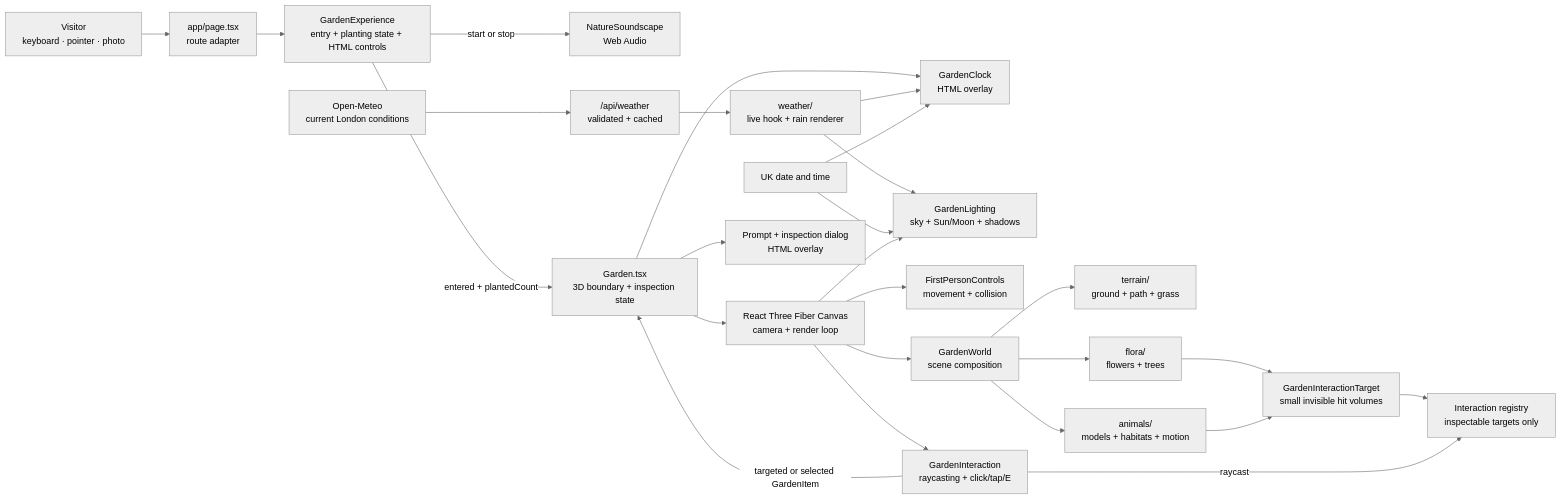
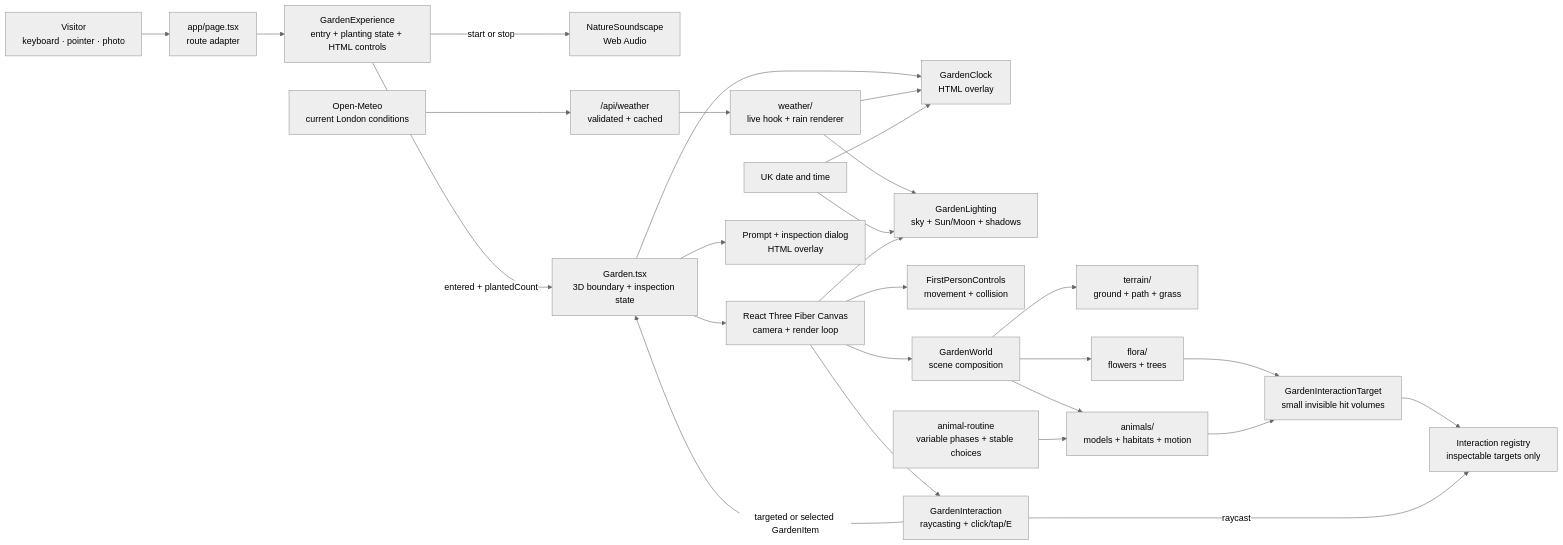
One commit to sophiaxuz/secret-garden changed the diagram in components/garden/README.md. Above: the diagram before and after it, drawn with Mermaid (neutral theme). The commit also changed other lines of this file and 9 other files, not shown here.

````diff
--- a/components/garden/README.md
+++ b/components/garden/README.md
@@ -9,33 +9,34 @@
 ```mermaid
 flowchart LR
     Visitor["Visitor<br/>keyboard · pointer · photo"] --> Page["app/page.tsx<br/>route adapter"]
     Page --> Experience["GardenExperience<br/>entry + planting state + HTML controls"]
 
     Experience -->|start or stop| Audio["NatureSoundscape<br/>Web Audio"]
     Experience -->|entered + plantedCount| Garden["Garden.tsx<br/>3D boundary + inspection state"]
 
     Garden --> Clock["GardenClock<br/>HTML overlay"]
     Garden --> Canvas["React Three Fiber Canvas<br/>camera + render loop"]
     Provider["Open-Meteo<br/>current London conditions"] --> Route["/api/weather<br/>validated + cached"]
     Route --> Weather["weather/<br/>live hook + rain renderer"]
     Weather --> Clock
     Weather --> Lighting
     Time["UK date and time"] --> Lighting["GardenLighting<br/>sky + Sun/Moon + shadows"]
     Time --> Clock
 
     Canvas --> Lighting
     Canvas --> Navigation["FirstPersonControls<br/>movement + collision"]
     Canvas --> World["GardenWorld<br/>scene composition"]
     Canvas --> Interaction["GardenInteraction<br/>raycasting + click/tap/E"]
 
     World --> Terrain["terrain/<br/>ground + path + grass"]
     World --> Flora["flora/<br/>flowers + trees"]
     World --> Animals["animals/<br/>models + habitats + motion"]
+    Routine["animal-routine<br/>variable phases + stable choices"] --> Animals
 
     Flora --> Targets["GardenInteractionTarget<br/>small invisible hit volumes"]
     Animals --> Targets
     Targets --> Registry["Interaction registry<br/>inspectable targets only"]
     Interaction -->|raycast| Registry
     Interaction -->|targeted or selected GardenItem| Garden
     Garden --> UI["Prompt + inspection dialog<br/>HTML overlay"]
 ```
````
